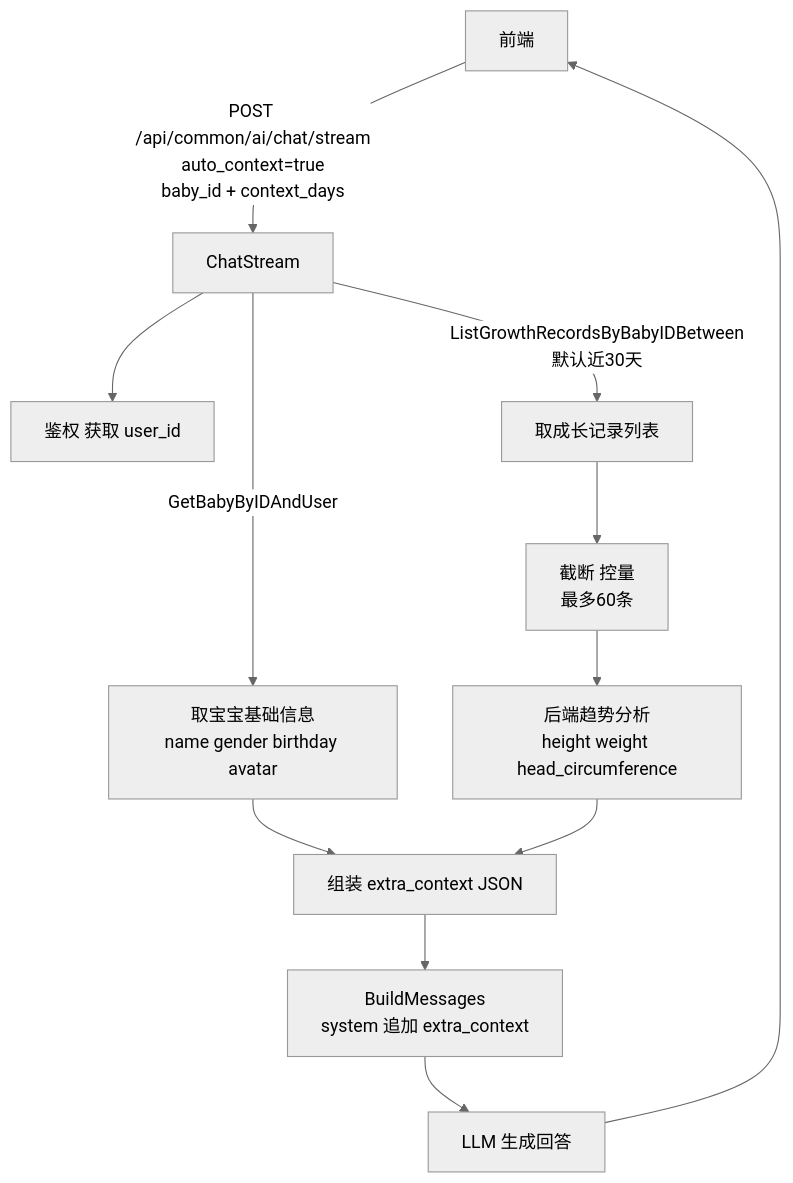
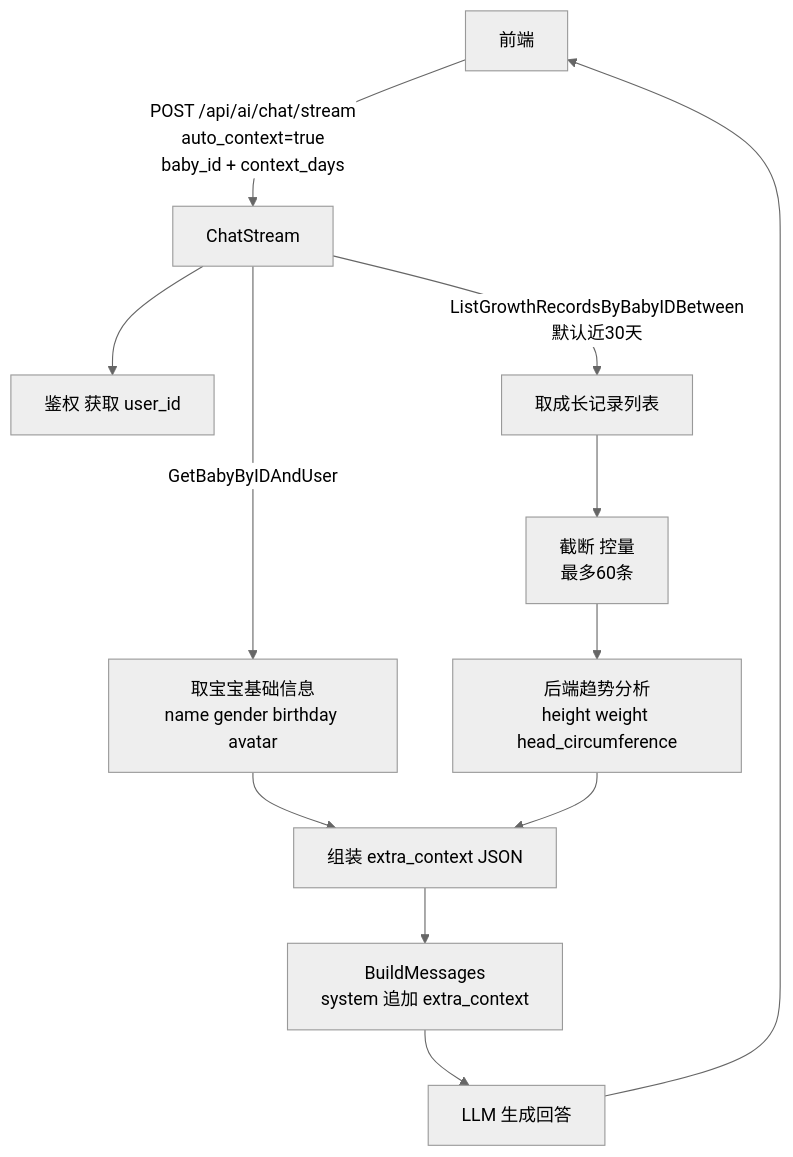
Before and after one commit to Goblin-Master/nurture: the third of 6 diagrams in docs/mermaid.md, drawn with Mermaid (neutral theme). The commit also changed other lines of this file and 10 other files, not shown here.

Commit message:
refactor: remove common api group

````diff
--- a/docs/mermaid.md
+++ b/docs/mermaid.md
@@ -44,20 +44,20 @@
 ```mermaid
 flowchart TD
-  FE[前端] -->|POST /api/common/ai/chat/stream<br/>auto_context=true<br/>baby_id + context_days| API[ChatStream]
+  FE[前端] -->|POST /api/ai/chat/stream<br/>auto_context=true<br/>baby_id + context_days| API[ChatStream]
 
   API --> AUTH[鉴权 获取 user_id]
 
   API -->|GetBabyByIDAndUser| BABY[取宝宝基础信息<br/>name gender birthday avatar]
   API -->|ListGrowthRecordsByBabyIDBetween<br/>默认近30天| GR[取成长记录列表]
 
   GR --> CUT[截断 控量<br/>最多60条]
   CUT --> ANA[后端趋势分析<br/>height weight head_circumference]
 
   BABY --> PACK[组装 extra_context JSON]
   ANA --> PACK
 
   PACK --> MSG[BuildMessages<br/>system 追加 extra_context]
   MSG --> LLM[LLM 生成回答]
   LLM --> FE
 
 ```
````
